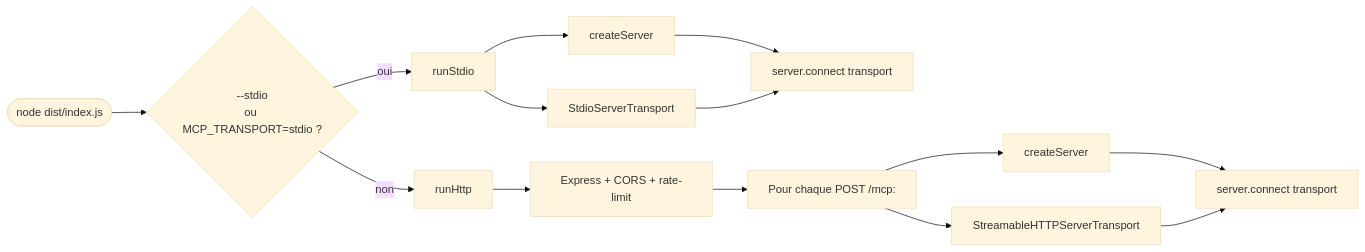
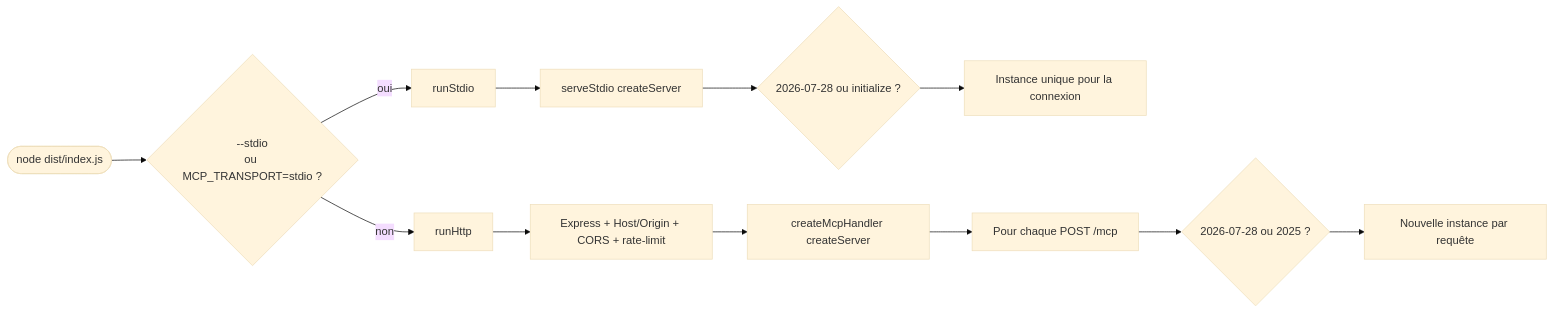
One commit to MAIF/risques-majeurs-mcp changed the second of 4 diagrams in documentation/docs/architecture.mdx. Above: the diagram before and after it, drawn with Mermaid (base theme). The commit also changed other lines of this file and 9 other files, not shown here.

````diff
--- a/documentation/docs/architecture.mdx
+++ b/documentation/docs/architecture.mdx
@@ -86,16 +88,14 @@
 ```mermaid
 flowchart LR
     START([node dist/index.js]) --> CHECK{--stdio<br/>ou MCP_TRANSPORT=stdio ?}
     CHECK -->|oui| RUNSTDIO[runStdio]
     CHECK -->|non| RUNHTTP[runHttp]
-    RUNSTDIO --> SCRV1[createServer]
-    RUNSTDIO --> ST[StdioServerTransport]
-    SCRV1 --> CONN1[server.connect transport]
-    ST --> CONN1
-    RUNHTTP --> EXPRESS[Express + CORS + rate-limit]
-    EXPRESS --> LOOP[Pour chaque POST /mcp:]
-    LOOP --> SCRV2[createServer]
-    LOOP --> HT[StreamableHTTPServerTransport]
-    SCRV2 --> CONN2[server.connect transport]
-    HT --> CONN2
+    RUNSTDIO --> ST[serveStdio createServer]
+    ST --> ERA1{2026-07-28 ou initialize ?}
+    ERA1 --> SCRV1[Instance unique pour la connexion]
+    RUNHTTP --> EXPRESS[Express + Host/Origin + CORS + rate-limit]
+    EXPRESS --> HANDLER[createMcpHandler createServer]
+    HANDLER --> LOOP[Pour chaque POST /mcp]
+    LOOP --> ERA2{2026-07-28 ou 2025 ?}
+    ERA2 --> SCRV2[Nouvelle instance par requête]
 ```
````
